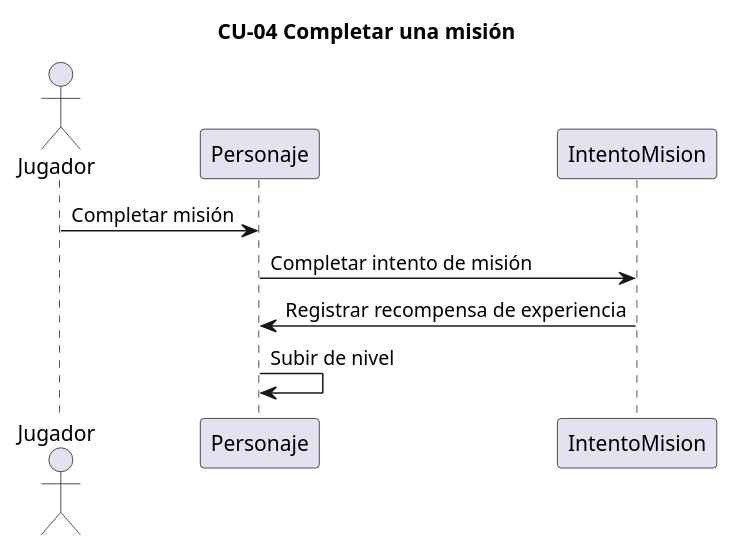
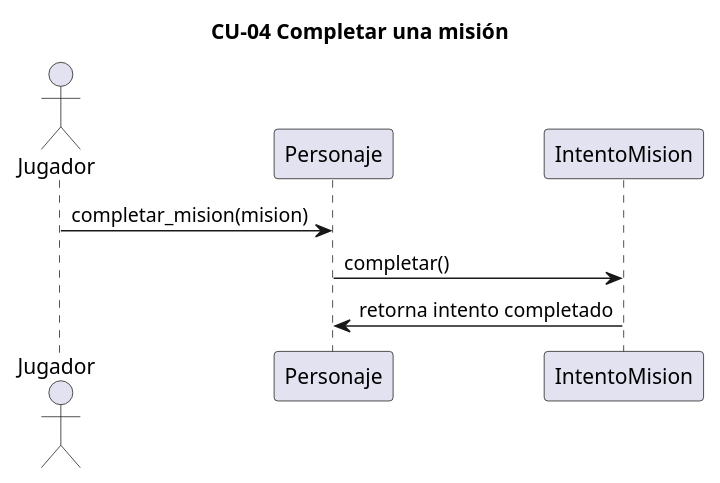
The diagram in salida/diagramas/04_secuencia_CU-04.puml (stephannynayleth01-coder/analisis-final-g4), drawn with PlantUML before and after one commit. The commit also changed 18 other files, not shown here.

```diff
--- a/salida/diagramas/04_secuencia_CU-04.puml
+++ b/salida/diagramas/04_secuencia_CU-04.puml
@@ -1,12 +1,11 @@
 @startuml
 ' Generado por spec2code. Es una PROPUESTA del pipeline: audítala contra la spec.
 title CU-04 Completar una misión
 actor "Jugador" as P1
 participant "Personaje" as P2
 participant "IntentoMision" as P3
 
-P1 -> P2 : Completar misión
-P2 -> P3 : Completar intento de misión
-P3 -> P2 : Registrar recompensa de experiencia
-P2 -> P2 : Subir de nivel
+P1 -> P2 : completar_mision(mision)
+P2 -> P3 : completar()
+P3 -> P2 : retorna intento completado
 @enduml
```
